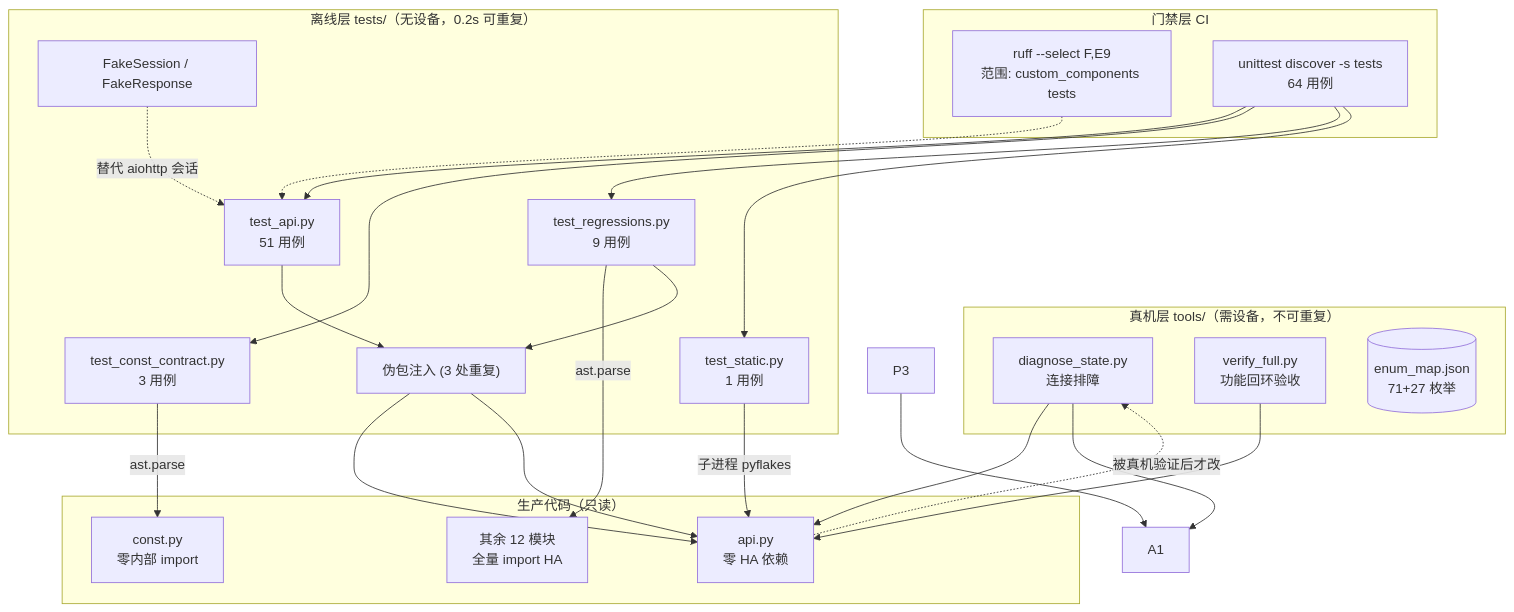
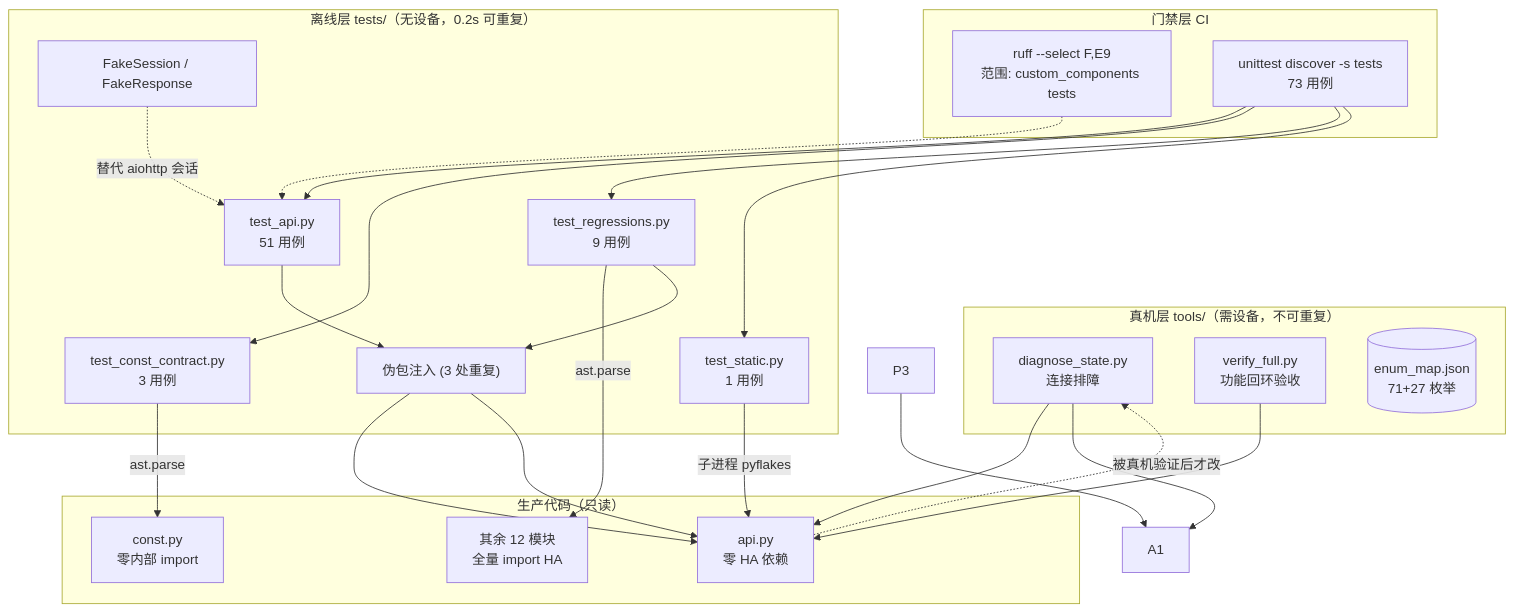
One commit to aixmoyu/ha-epson-ef-projector changed the first of 6 diagrams in docs/architecture/subsystems/verification-harness/module_design.md. Above: the diagram before and after it, drawn with Mermaid. The commit also changed other lines of this file and 78 other files, not shown here.

````diff
--- a/docs/architecture/subsystems/verification-harness/module_design.md
+++ b/docs/architecture/subsystems/verification-harness/module_design.md
@@ -42,38 +42,38 @@
 ```mermaid
 graph TD
     subgraph L1["真机层 tools/（需设备，不可重复）"]
         P1["diagnose_state.py<br/>连接排障"]
         P2["verify_full.py<br/>功能回环验收"]
         A2[("enum_map.json<br/>71+27 枚举")]
     end
     subgraph L2["离线层 tests/（无设备，0.2s 可重复）"]
         T1["test_api.py<br/>51 用例"]
         T2["test_const_contract.py<br/>3 用例"]
         T3["test_regressions.py<br/>9 用例"]
         T4["test_static.py<br/>1 用例"]
         F1["伪包注入 (3 处重复)"]
         F2["FakeSession / FakeResponse"]
     end
     subgraph L3["门禁层 CI"]
         CI1["ruff --select F,E9<br/>范围: custom_components tests"]
-        CI2["unittest discover -s tests<br/>64 用例"]
+        CI2["unittest discover -s tests<br/>73 用例"]
     end
     subgraph PROD["生产代码（只读）"]
         API["api.py<br/>零 HA 依赖"]
         CONST["const.py<br/>零内部 import"]
         HA["其余 12 模块<br/>全量 import HA"]
     end
     P1 --> API
     P2 --> API
     P1 --> A1
     P3 --> A1
     T1 --> F1 --> API
     T2 -->|"ast.parse"| CONST
     T3 -->|"ast.parse"| HA
     T3 --> F1 --> API
     T4 -->|"子进程 pyflakes"| API
     F2 -.->|"替代 aiohttp 会话"| T1
     CI1 -.-> T1
     CI2 --> T1 & T2 & T3 & T4
     API -.->|"被真机验证后才改"| P1
 ```
````
